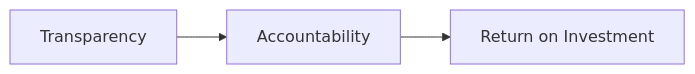
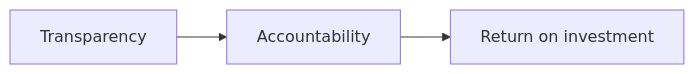
One commit to Alliance-RDM-GDR/CUR_Res_DepositingData changed the third of 3 diagrams in RDM_DepositingData.qmd. Above: the diagram before and after it, drawn with Mermaid. The commit also changed other lines of this file and 41 other files, not shown here.

````diff
--- a/RDM_DepositingData.qmd
+++ b/RDM_DepositingData.qmd
@@ -104,7 +108,7 @@
 ```{mermaid}
 %%| fig-width: 10
 %%| fig-height: 9
 
 flowchart LR
-  A[Transparency] --> B[Accountability] --> C[Return on Investment]
+  A[Transparency] --> B[Accountability] --> C[Return on investment]
 ```
````
